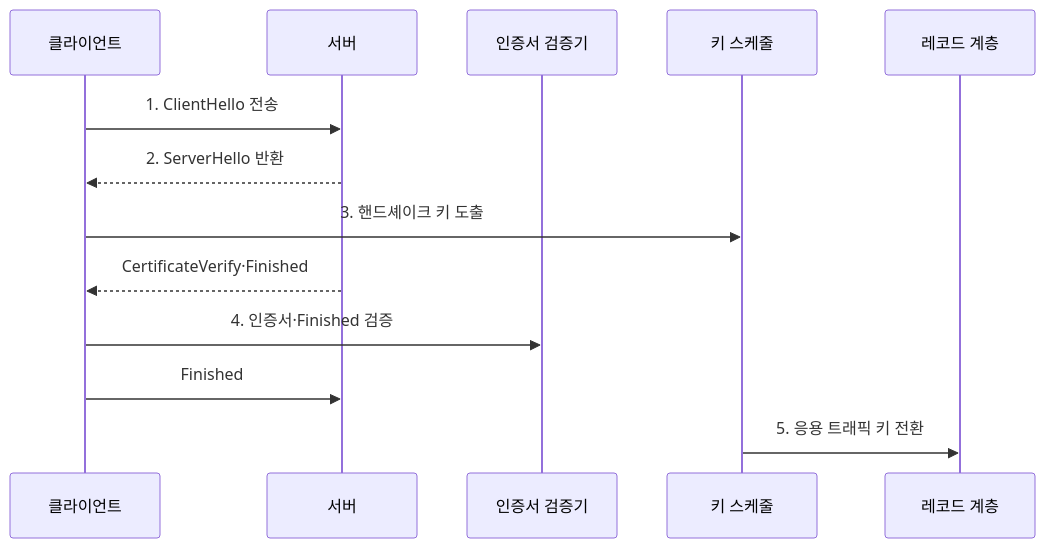
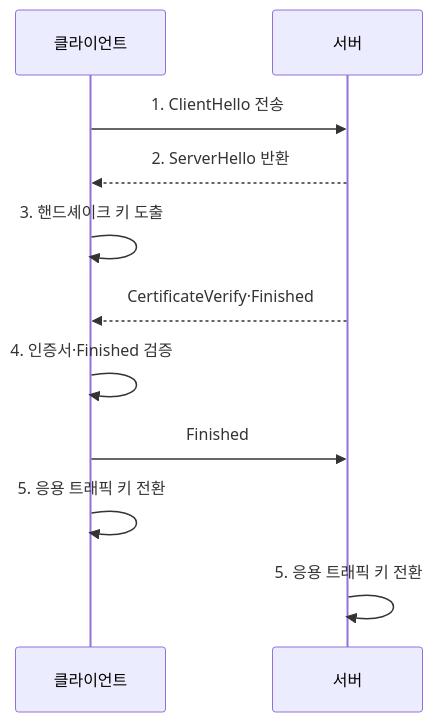
Before and after one commit to agnusdei1207/knowledge-base: the second of 2 diagrams in src/content/docs/notes/05-security/011_tls_1_3_handshake.md, drawn with Mermaid. The commit also changed 9 other files, not shown here.

Commit message:
Focus cryptography sequence actors

````diff
--- a/src/content/docs/notes/05-security/011_tls_1_3_handshake.md
+++ b/src/content/docs/notes/05-security/011_tls_1_3_handshake.md
@@ -104,15 +104,13 @@
 ```mermaid
 sequenceDiagram
     participant C as 클라이언트
     participant S as 서버
-    participant V as 인증서 검증기
-    participant K as 키 스케줄
-    participant R as 레코드 계층
     C->>S: 1. ClientHello 전송
     S-->>C: 2. ServerHello 반환
-    C->>K: 3. 핸드셰이크 키 도출
+    C->>C: 3. 핸드셰이크 키 도출
     S-->>C: CertificateVerify·Finished
-    C->>V: 4. 인증서·Finished 검증
+    C->>C: 4. 인증서·Finished 검증
     C->>S: Finished
-    K->>R: 5. 응용 트래픽 키 전환
+    C->>C: 5. 응용 트래픽 키 전환
+    S->>S: 5. 응용 트래픽 키 전환
 ```
````
